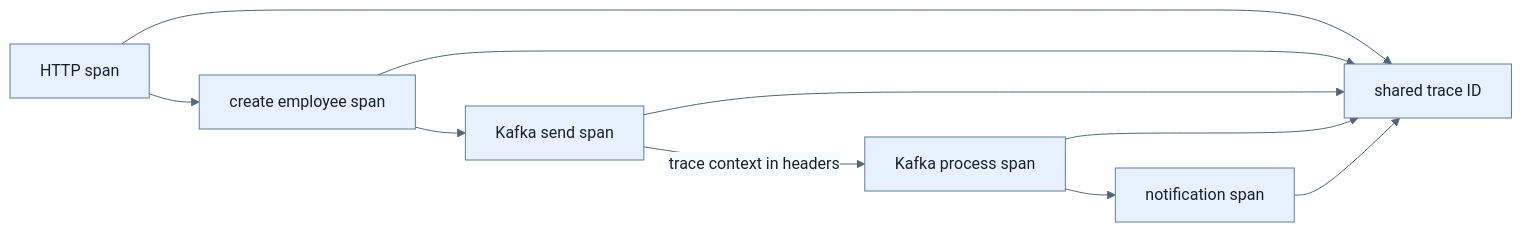
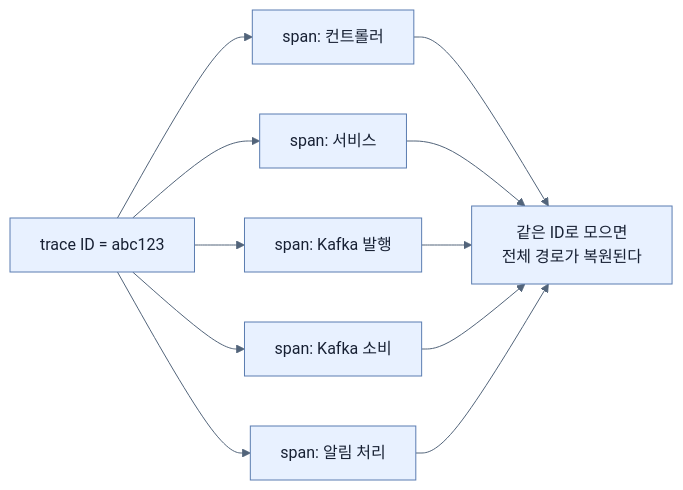
Before and after one commit to sing-u8/Learning_Spring_Boot_4: the first of 3 diagrams in spring-boot-4-pdf-notes/part-5-observing-spring-boot-4-applications/chapter-13-observing-spring-boot-4-applications/05-tracing-with-opentelemetry-and-tempo.md, drawn with Mermaid. The commit also changed other lines of this file and 253 other files, not shown here.

````diff
--- a/spring-boot-4-pdf-notes/part-5-observing-spring-boot-4-applications/chapter-13-observing-spring-boot-4-applications/05-tracing-with-opentelemetry-and-tempo.md
+++ b/spring-boot-4-pdf-notes/part-5-observing-spring-boot-4-applications/chapter-13-observing-spring-boot-4-applications/05-tracing-with-opentelemetry-and-tempo.md
@@ -37,9 +59,14 @@
 ```mermaid
 %%{init: {'theme': 'base', 'themeVariables': {'background': '#ffffff', 'primaryColor': '#e8f1ff', 'primaryTextColor': '#172033', 'primaryBorderColor': '#5b7db1', 'lineColor': '#52647a', 'secondaryColor': '#f7fbff', 'tertiaryColor': '#fff7df'}}}%%
 flowchart LR
-    H[HTTP span] --> E[create employee span]
-    E --> KP[Kafka send span]
-    KP -->|trace context in headers| KC[Kafka process span]
-    KC --> N[notification span]
-    H & E & KP & KC & N --> ID[shared trace ID]
+    T["trace ID = abc123"] --> S1["span: 컨트롤러"]
+    T --> S2["span: 서비스"]
+    T --> S3["span: Kafka 발행"]
+    T --> S4["span: Kafka 소비"]
+    T --> S5["span: 알림 처리"]
+    S1 --> R["같은 ID로 모으면<br/>전체 경로가 복원된다"]
+    S2 --> R
+    S3 --> R
+    S4 --> R
+    S5 --> R
 ```
````
